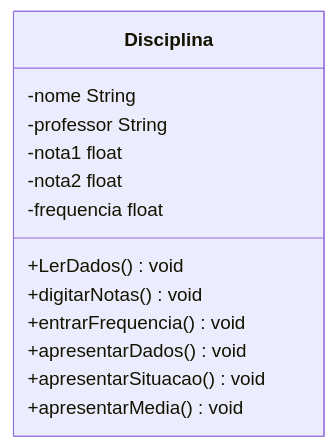
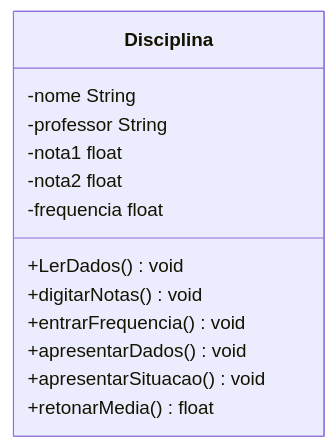
One commit to Dankotchev/Programacao-Orientada-Objetos changed the diagram in POOC3 - 01 Classes e Objetos/README.md. Above: the diagram before and after it, drawn with Mermaid. The commit also changed other lines of this file and 6 other files, not shown here.

````diff
--- a/POOC3 - 01 Classes e Objetos/README.md
+++ b/POOC3 - 01 Classes e Objetos/README.md
@@ -5,15 +5,15 @@
 ```mermaid
 classDiagram
       class Disciplina
       Disciplina : -nome String
       Disciplina : -professor String
       Disciplina : -nota1 float
       Disciplina : -nota2 float
       Disciplina : -frequencia float
       Disciplina : +LerDados() void
       Disciplina : +digitarNotas() void
       Disciplina : +entrarFrequencia() void
       Disciplina : +apresentarDados() void
       Disciplina : +apresentarSituacao() void
-      Disciplina : +apresentarMedia() void
+      Disciplina : +retonarMedia() float
 ```
````
